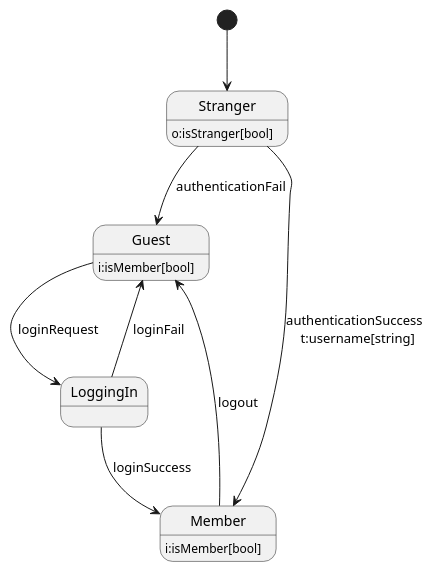
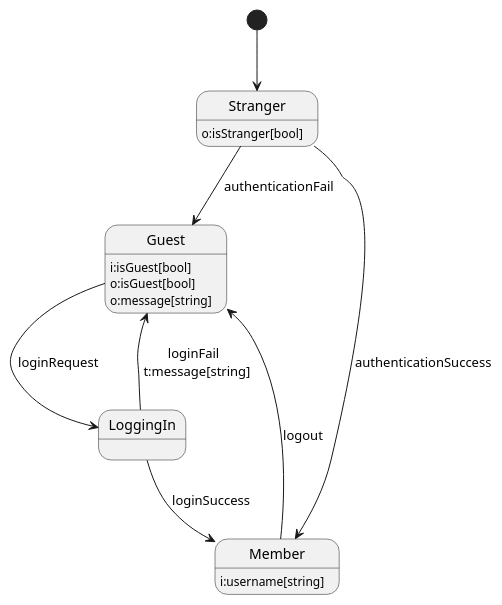
The diagram in docs/user.statechart.puml (CsabaBarsony/spraying), drawn with PlantUML before and after one commit. The commit also changed 18 other files, not shown here.

```diff
--- a/docs/user.statechart.puml
+++ b/docs/user.statechart.puml
@@ -1,15 +1,17 @@
 @startuml
 [*] --> Stranger
 Stranger --> Guest : authenticationFail
-Stranger --> Member : authenticationSuccess \n t:username[string]
+Stranger --> Member : authenticationSuccess
 Stranger : o:isStranger[bool]
 
 Guest --> LoggingIn : loginRequest
-Guest : i:isMember[bool]
+Guest : i:isGuest[bool]
+Guest : o:isGuest[bool]
+Guest : o:message[string]
 
 Member --> Guest : logout
-Member : i:isMember[bool]
+Member : i:username[string]
 
-LoggingIn --> Guest : loginFail
+LoggingIn --> Guest : loginFail \n t:message[string]
 LoggingIn --> Member : loginSuccess
 @enduml
```
